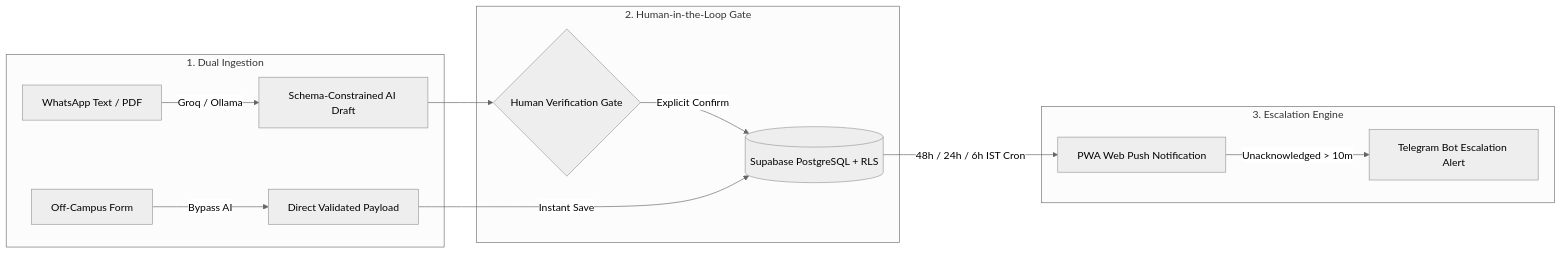
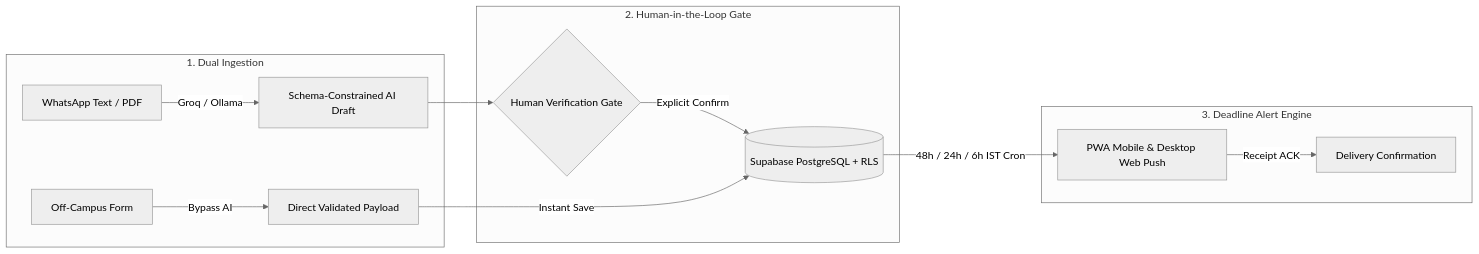
The first of 2 diagrams in README.md (Keval2609/Placement_Tracker), drawn with Mermaid (neutral theme) before and after one commit. The commit also changed other lines of this file and 11 other files, not shown here.

````diff
--- a/README.md
+++ b/README.md
@@ -43,18 +43,18 @@
 ```mermaid
 graph LR
     subgraph Ingestion["1. Dual Ingestion"]
         A[WhatsApp Text / PDF] -->|Groq / Ollama| B[Schema-Constrained AI Draft]
         C[Off-Campus Form] -->|Bypass AI| D[Direct Validated Payload]
     end
 
     subgraph Verification["2. Human-in-the-Loop Gate"]
         B --> E{Human Verification Gate}
         E -->|Explicit Confirm| F[(Supabase PostgreSQL + RLS)]
         D -->|Instant Save| F
     end
 
-    subgraph Alerts["3. Escalation Engine"]
-        F -->|48h / 24h / 6h IST Cron| G[PWA Web Push Notification]
-        G -->|Unacknowledged > 10m| H[Telegram Bot Escalation Alert]
+    subgraph Alerts["3. Deadline Alert Engine"]
+        F -->|48h / 24h / 6h IST Cron| G[PWA Mobile & Desktop Web Push]
+        G -->|Receipt ACK| H[Delivery Confirmation]
     end
 ```
````
